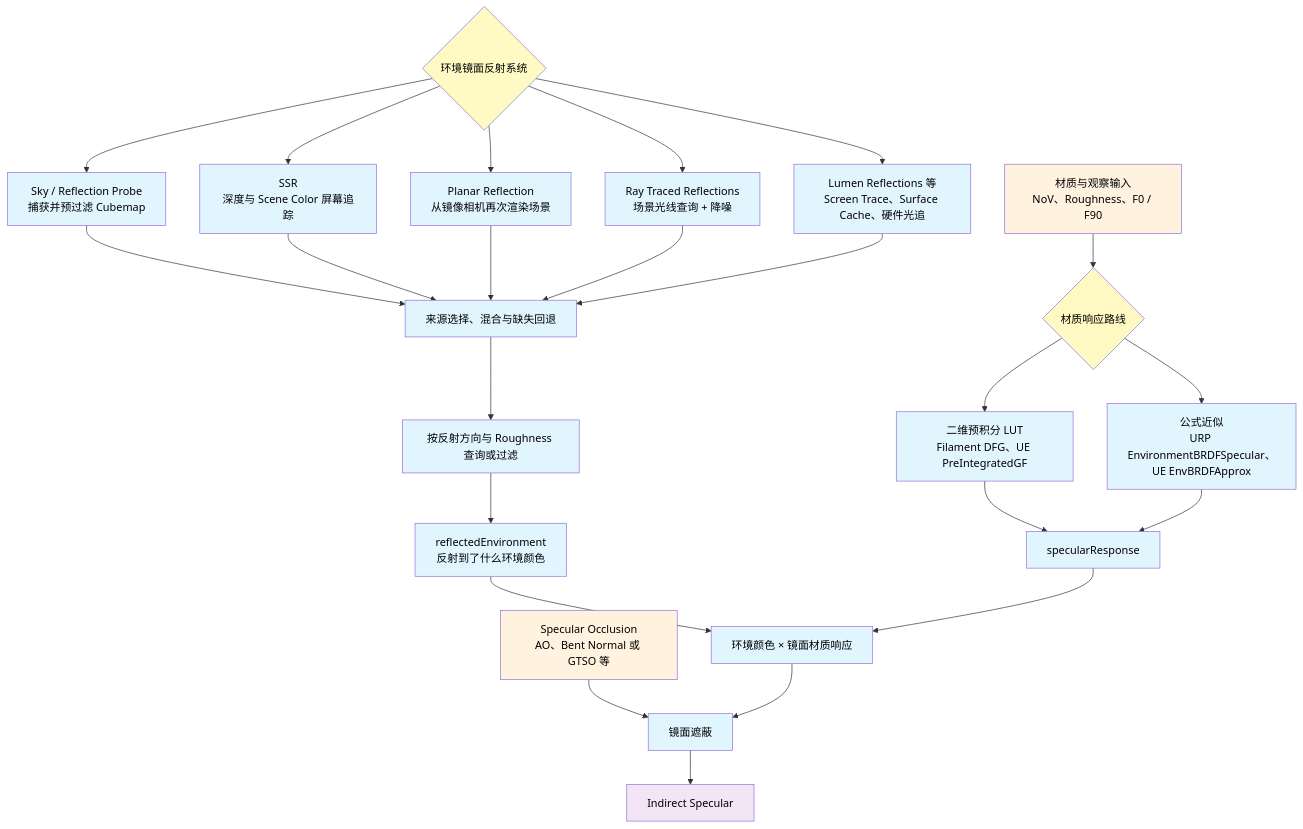
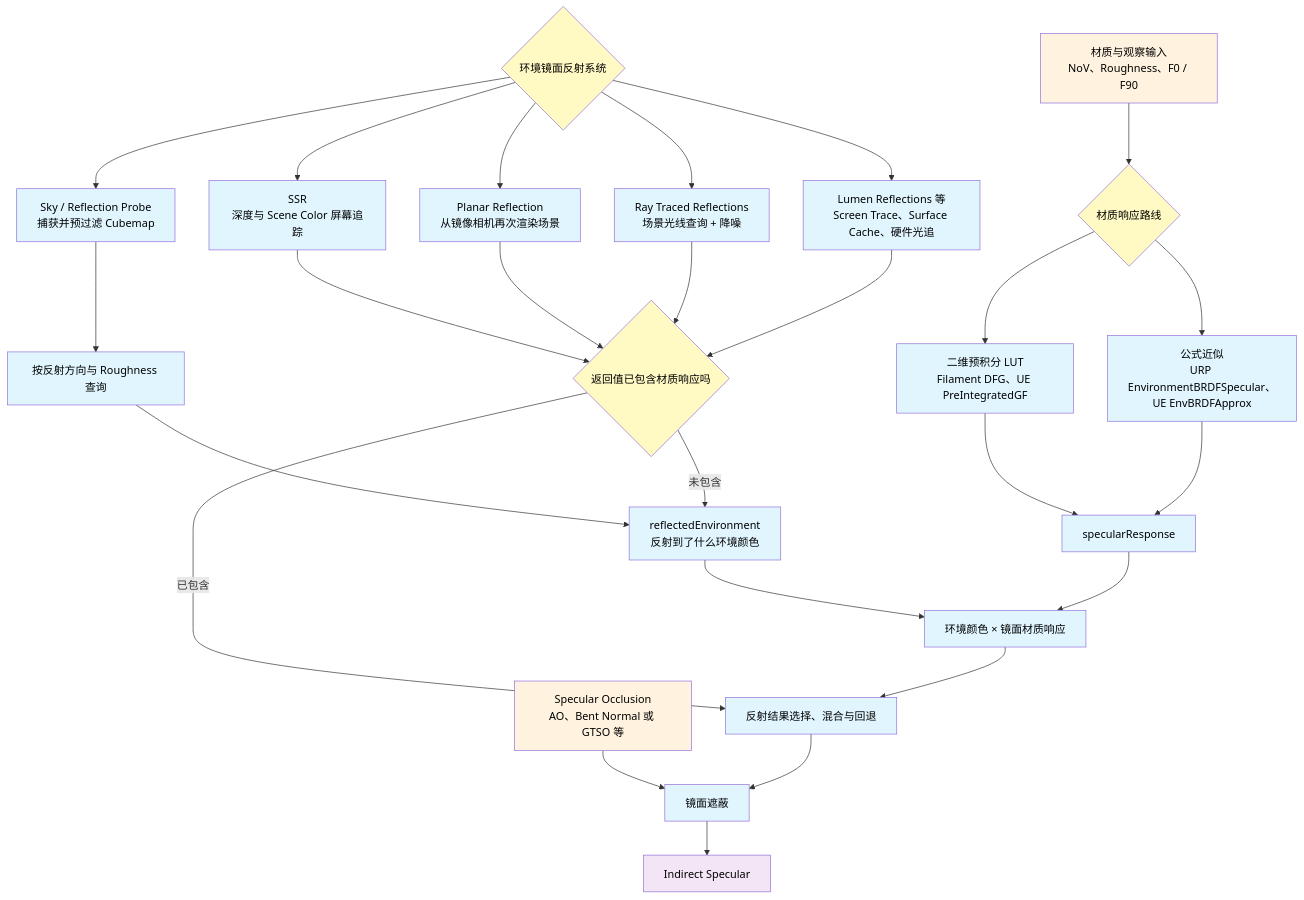
Before and after one commit to mr0ptimist/mr0ptimist.github.io: the sixth of 10 diagrams in content/posts/游戏光照统一框架：从光传输方程到实时实现/index.md, drawn with Mermaid. The commit also changed other lines of this file and 2 other files, not shown here.

````diff
--- a/content/posts/游戏光照统一框架：从光传输方程到实时实现/index.md
+++ b/content/posts/游戏光照统一框架：从光传输方程到实时实现/index.md
@@ -339,35 +340,37 @@
 ```mermaid
 flowchart TD
     R{"环境镜面反射系统"}
     R --> R1["Sky / Reflection Probe<br/>捕获并预过滤 Cubemap"]
     R --> R2["SSR<br/>深度与 Scene Color 屏幕追踪"]
     R --> R3["Planar Reflection<br/>从镜像相机再次渲染场景"]
     R --> R4["Ray Traced Reflections<br/>场景光线查询 + 降噪"]
     R --> R5["Lumen Reflections 等<br/>Screen Trace、Surface Cache、硬件光追"]
-    R1 --> B["来源选择、混合与缺失回退"]
-    R2 --> B
-    R3 --> B
-    R4 --> B
-    R5 --> B
-    B --> C["按反射方向与 Roughness 查询或过滤"]
+    R1 --> C["按反射方向与 Roughness 查询"]
     C --> D["reflectedEnvironment<br/>反射到了什么环境颜色"]
+    R2 --> T{"返回值已包含材质响应吗"}
+    R3 --> T
+    R4 --> T
+    R5 --> T
+    T -->|未包含| D
+    T -->|已包含| B["反射结果选择、混合与回退"]
 
     M["材质与观察输入<br/>NoV、Roughness、F0 / F90"] --> E{"材质响应路线"}
     E --> F["二维预积分 LUT<br/>Filament DFG、UE PreIntegratedGF"]
     E --> G["公式近似<br/>URP EnvironmentBRDFSpecular、UE EnvBRDFApprox"]
     F --> H["specularResponse"]
     G --> H
     D --> I["环境颜色 × 镜面材质响应"]
     H --> I
     O["Specular Occlusion<br/>AO、Bent Normal 或 GTSO 等"] --> J["镜面遮蔽"]
-    I --> J
+    I --> B
+    B --> J
     J --> K["Indirect Specular"]
     classDef io fill:#fff3e0,color:#000
     classDef proc fill:#e1f5fe,color:#000
     classDef dec fill:#fff9c4,color:#000
     classDef result fill:#f3e5f5,color:#000
     class M,O io
-    class R,E dec
+    class R,E,T dec
     class R1,R2,R3,R4,R5,B,C,D,F,G,H,I,J proc
     class K result
 ```
````
